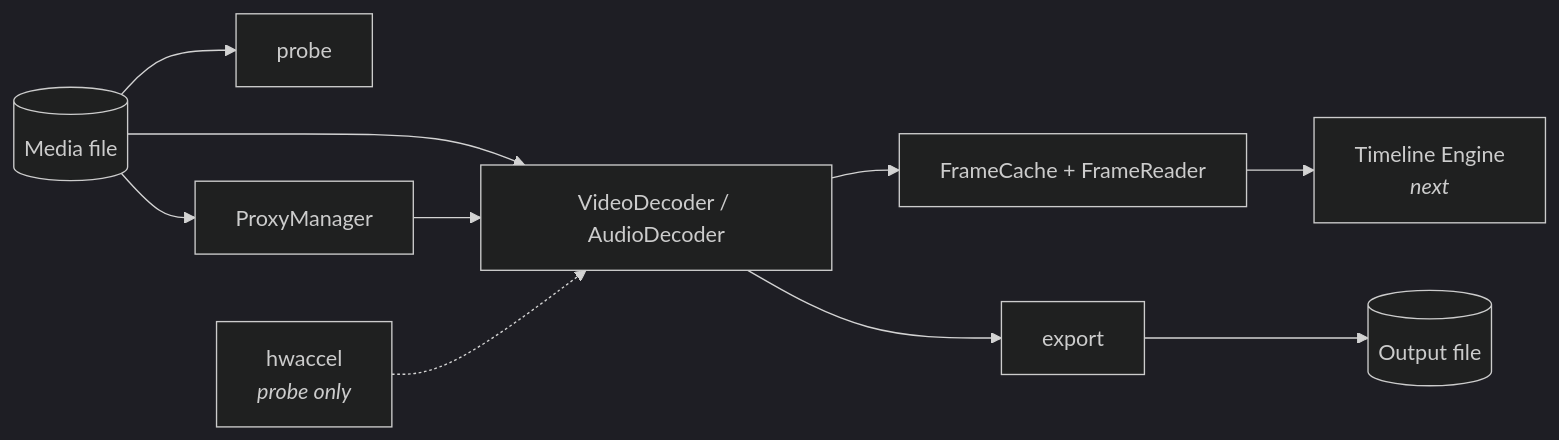
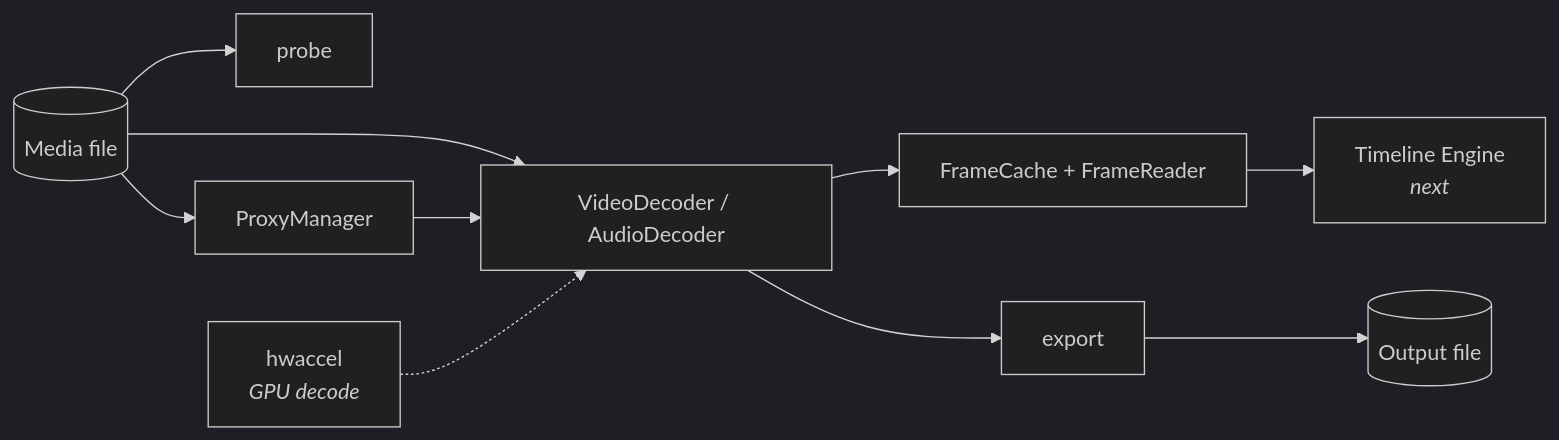
One commit to FX-Foundation/originfx changed the first of 2 diagrams in docs/MEDIA_ENGINE.md. Above: the diagram before and after it, drawn with Mermaid (dark theme). The commit also changed other lines of this file and 10 other files, not shown here.

````diff
--- a/docs/MEDIA_ENGINE.md
+++ b/docs/MEDIA_ENGINE.md
@@ -39,12 +39,12 @@
 ```mermaid
 flowchart LR
     F[(Media file)] --> P[probe]
     F --> D[VideoDecoder / AudioDecoder]
     D --> C[FrameCache + FrameReader]
     C --> T[Timeline Engine<br/><i>next</i>]
     D --> X[export]
     X --> O[(Output file)]
     F --> PX[ProxyManager]
     PX --> D
-    HW[hwaccel<br/><i>probe only</i>] -.-> D
+    HW[hwaccel<br/><i>GPU decode</i>] -.-> D
 ```
````
